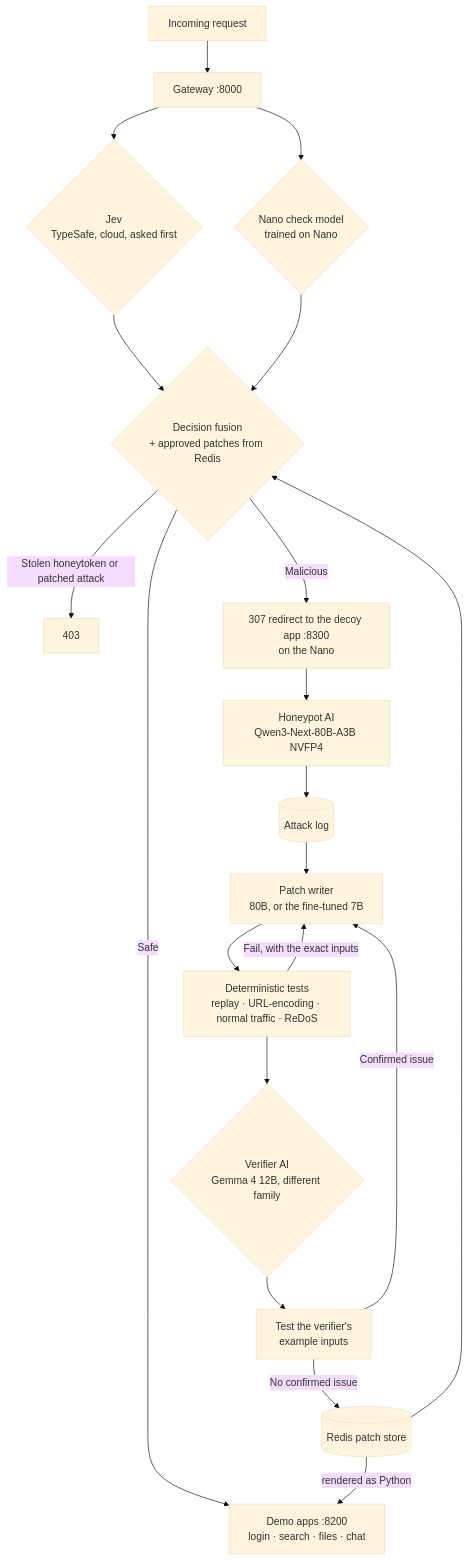
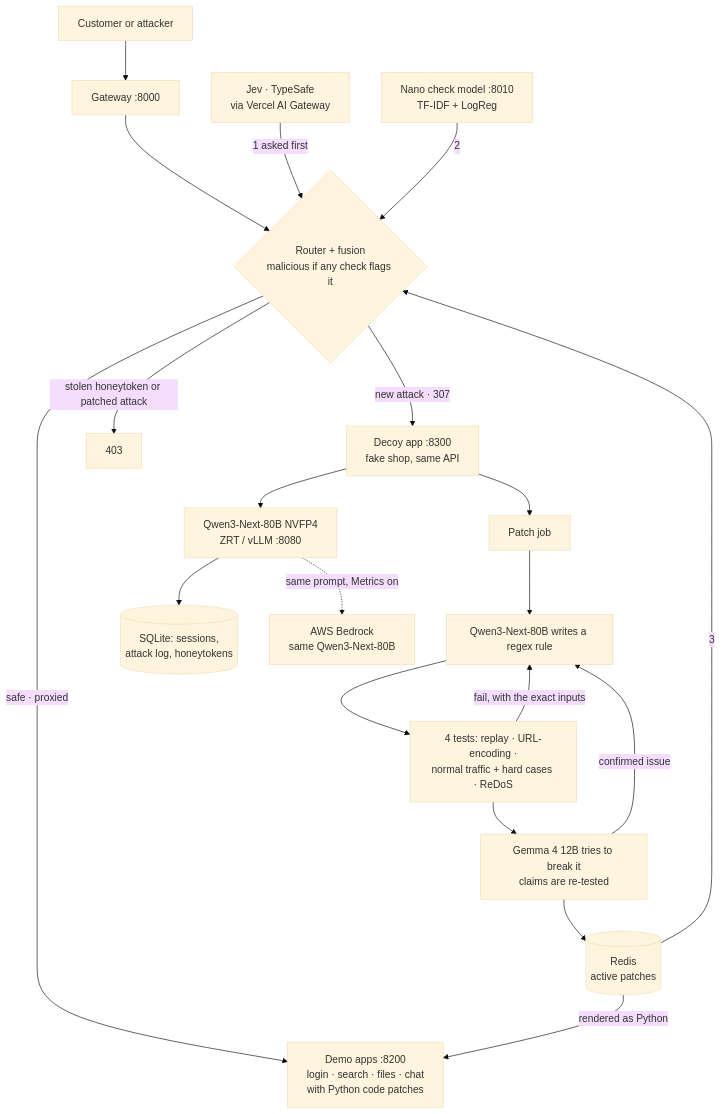
The diagram in README.md (prags8585/EdgeA1), drawn with Mermaid (base theme) before and after one commit. The commit also changed other lines of this file and 2 other files, not shown here.

Commit message:
README: rewrite for the current system (NanoPot story, Jev via AI Gateway, decoy, Redis, code patches, Nano vs AWS Bedrock metrics, dashboard, API); commit live app patch blocks

````diff
--- a/README.md
+++ b/README.md
@@ -53,22 +52,22 @@
 ```mermaid
 flowchart TD
-    R[Incoming request] --> GW[Gateway :8000]
-    GW --> J{Jev<br/>TypeSafe, cloud, asked first}
-    GW --> N{Nano check model<br/>trained on Nano}
-    J --> D{Decision fusion<br/>+ approved patches from Redis}
-    N --> D
-    D -->|Safe| A[Demo apps :8200<br/>login · search · files · chat]
-    D -->|Stolen honeytoken or patched attack| X[403]
-    D -->|Malicious| DC[307 redirect to the decoy app :8300<br/>on the Nano]
-    DC --> H[Honeypot AI<br/>Qwen3-Next-80B-A3B NVFP4]
-    H --> L[(Attack log)]
-    L --> W[Patch writer<br/>80B, or the fine-tuned 7B]
-    W --> T[Deterministic tests<br/>replay · URL-encoding · normal traffic · ReDoS]
-    T -->|Fail, with the exact inputs| W
-    T --> V{Verifier AI<br/>Gemma 4 12B, different family}
-    V --> C[Test the verifier's<br/>example inputs]
-    C -->|Confirmed issue| W
-    C -->|No confirmed issue| S[(Redis patch store)]
-    S --> D
-    S -->|rendered as Python| A
+    R[Customer or attacker] --> GW[Gateway :8000]
+    GW --> RT{Router + fusion<br/>malicious if any check flags it}
+    J[Jev · TypeSafe<br/>via Vercel AI Gateway] -->|1 asked first| RT
+    N[Nano check model :8010<br/>TF-IDF + LogReg] -->|2| RT
+    RS[(Redis<br/>active patches)] -->|3| RT
+    RT -->|safe · proxied| A[Demo apps :8200<br/>login · search · files · chat<br/>with Python code patches]
+    RT -->|stolen honeytoken or patched attack| X[403]
+    RT -->|new attack · 307| DC[Decoy app :8300<br/>fake shop, same API]
+    DC --> Q[Qwen3-Next-80B NVFP4<br/>ZRT / vLLM :8080]
+    Q --> L[(SQLite: sessions,<br/>attack log, honeytokens)]
+    Q -.->|same prompt, Metrics on| B[AWS Bedrock<br/>same Qwen3-Next-80B]
+    DC --> PJ[Patch job]
+    PJ --> W[Qwen3-Next-80B writes a regex rule]
+    W --> T[4 tests: replay · URL-encoding ·<br/>normal traffic + hard cases · ReDoS]
+    T -->|fail, with the exact inputs| W
+    T --> V[Gemma 4 12B tries to break it<br/>claims are re-tested]
+    V -->|confirmed issue| W
+    V --> RS
+    RS -->|rendered as Python| A
 ```
````
